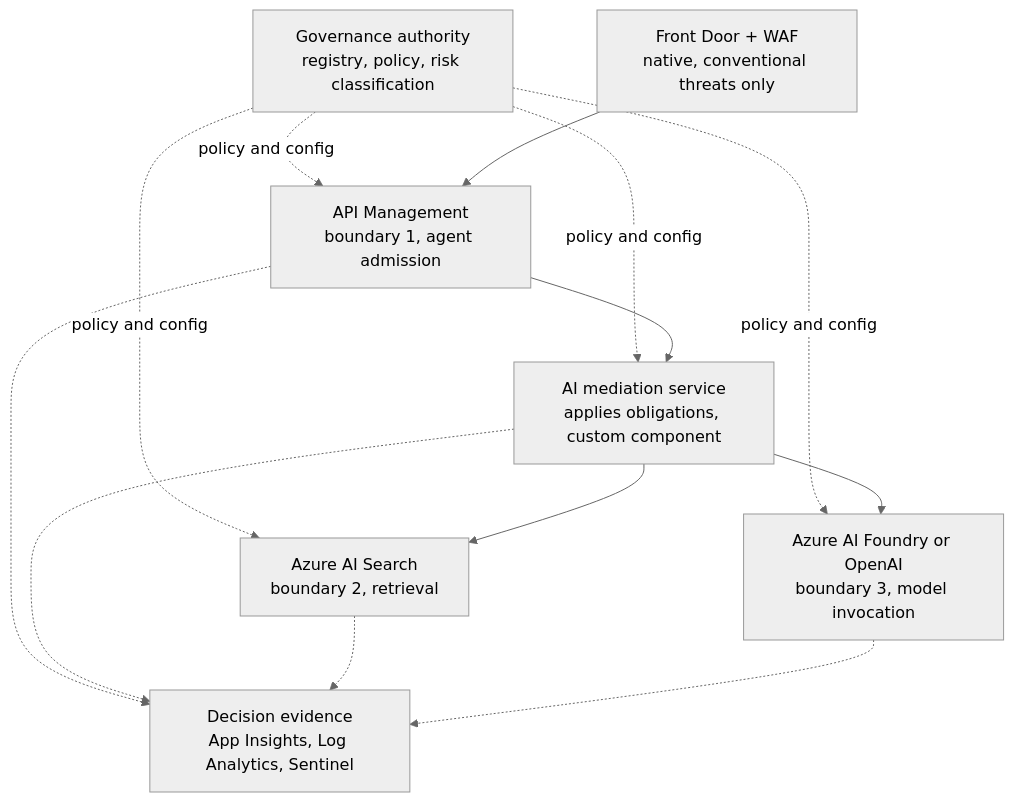
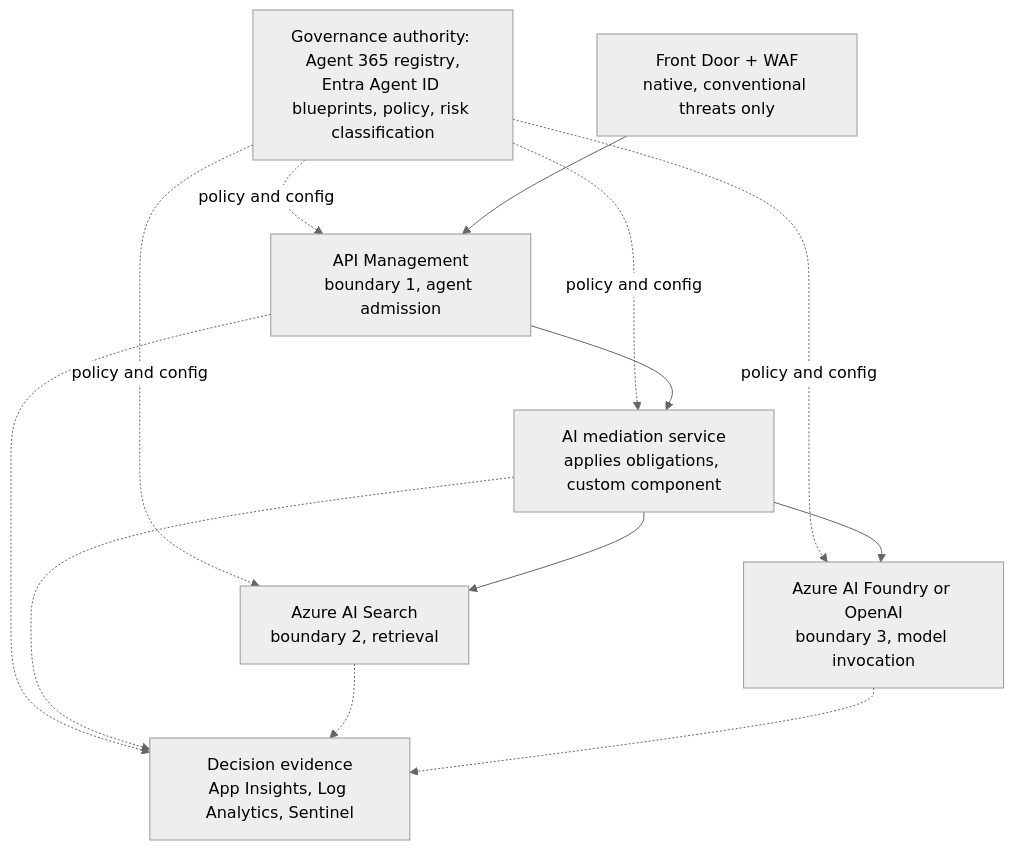
Before and after one commit to abhisheksinghcs/portfolio: the first of 2 diagrams in content/control-plane.md, drawn with Mermaid (neutral theme). The commit also changed other lines of this file and 1 other file, not shown here.

First line of the commit message:
Add Microsoft Entra Agent ID and Microsoft Agent 365 to control-plane RFC

````diff
--- a/content/control-plane.md
+++ b/content/control-plane.md
@@ -110,24 +113,24 @@
 ```mermaid
 flowchart TB
-    GOV["Governance authority<br/>registry, policy, risk classification"]
+    GOV["Governance authority: Agent 365 registry,<br/>Entra Agent ID blueprints, policy, risk classification"]
     FD["Front Door + WAF<br/>native, conventional threats only"]
     APIM["API Management<br/>boundary 1, agent admission"]
     MED["AI mediation service<br/>applies obligations, custom component"]
     SEARCH["Azure AI Search<br/>boundary 2, retrieval"]
     FOUNDRY["Azure AI Foundry or OpenAI<br/>boundary 3, model invocation"]
     EVID["Decision evidence<br/>App Insights, Log Analytics, Sentinel"]
 
     GOV -.->|policy and config| APIM
     GOV -.->|policy and config| MED
     GOV -.->|policy and config| SEARCH
     GOV -.->|policy and config| FOUNDRY
 
     FD --> APIM --> MED
     MED --> SEARCH
     MED --> FOUNDRY
 
     APIM -.-> EVID
     MED -.-> EVID
     SEARCH -.-> EVID
     FOUNDRY -.-> EVID
 ```
````
